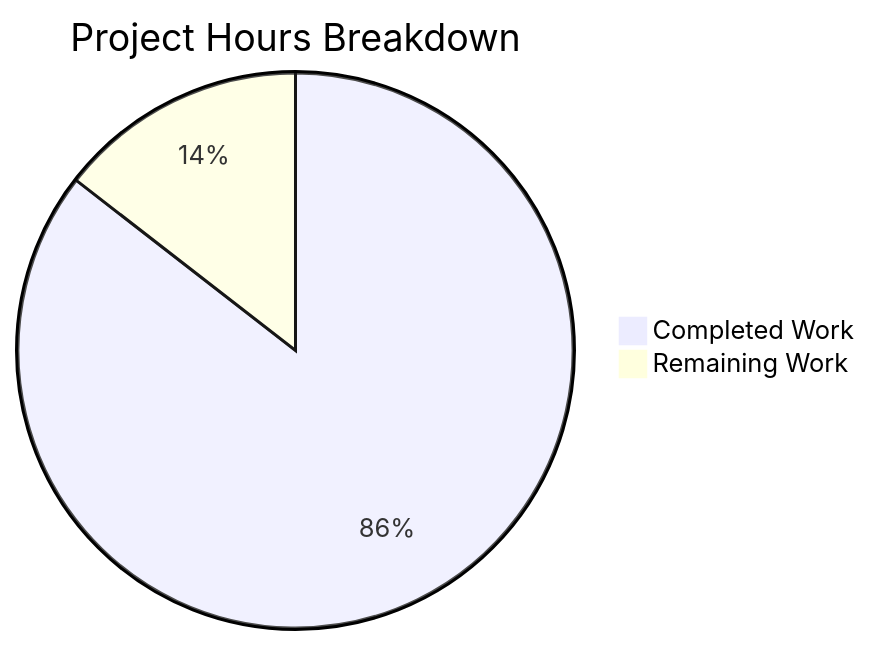
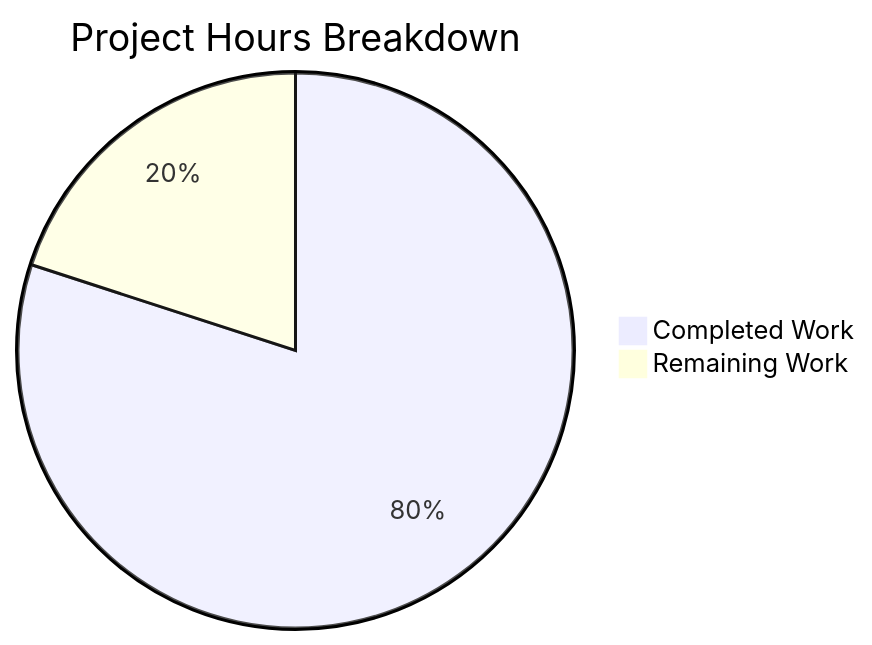
Before and after one commit to Blitzy-Sandbox/blitzy-SplendidCRM: the second of 2 diagrams in blitzy/documentation/Project Guide.md, drawn with Mermaid. The commit also changed other lines of this file, not shown here.

Commit message:
Adding Blitzy Project Guide: Project Status and Human Tasks Remaining

````diff
--- a/blitzy/documentation/Project Guide.md
+++ b/blitzy/documentation/Project Guide.md
@@ -236,5 +226,5 @@
 ```mermaid
 pie title Project Hours Breakdown
-    "Completed Work" : 354
-    "Remaining Work" : 60
+    "Completed Work" : 160
+    "Remaining Work" : 40
 ```
````
